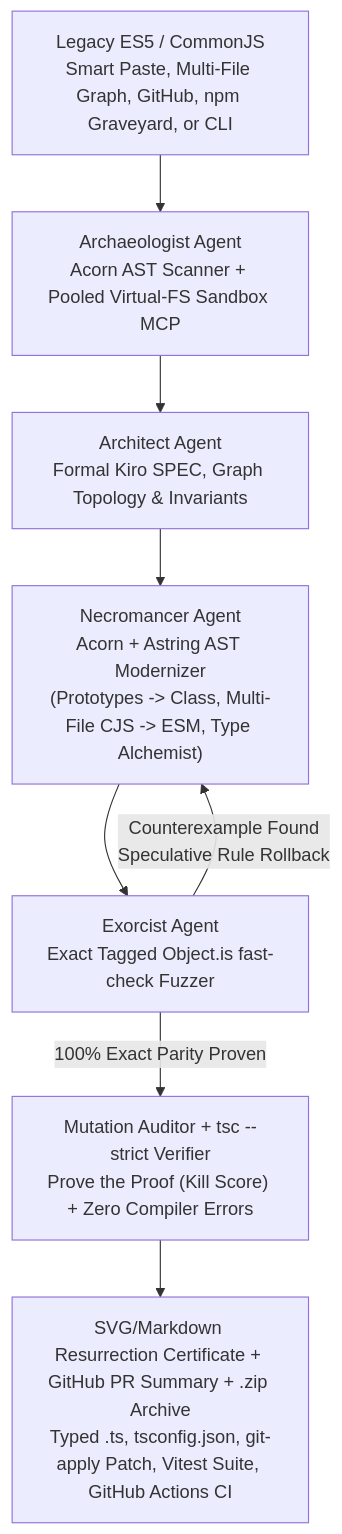
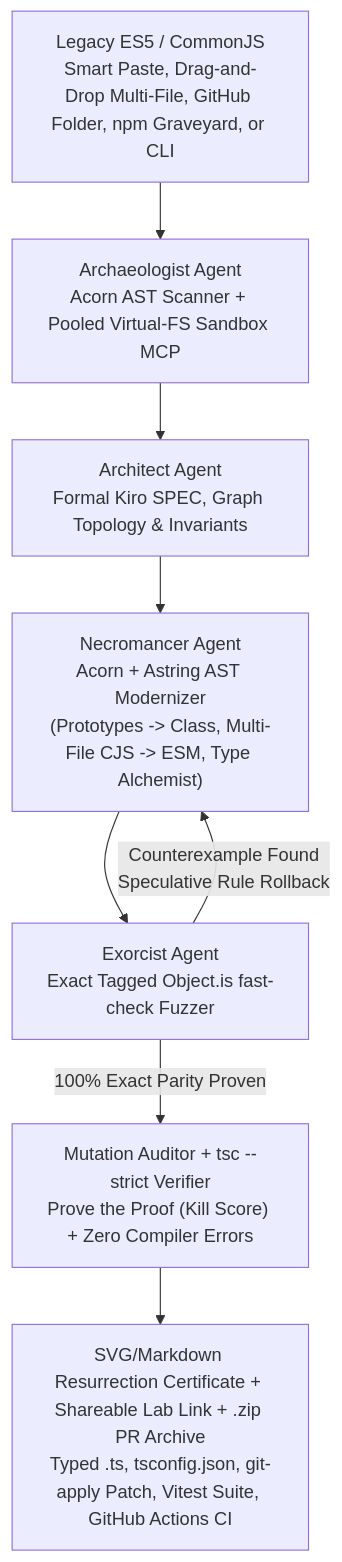
Before and after one commit to anjarkar25-max/lazarus: the diagram in README.md, drawn with Mermaid. The commit also changed other lines of this file, not shown here.

Commit message:
docs(readme): update to final V10 Studio with 825 tests, 19 Kiro specs, 4 hooks, and GitHub folder intake

````diff
--- a/README.md
+++ b/README.md
@@ -11,10 +11,10 @@
 ```mermaid
 flowchart TD
-    A["Legacy ES5 / CommonJS<br/>Smart Paste, Multi-File Graph, GitHub, npm Graveyard, or CLI"] --> B["Archaeologist Agent<br/>Acorn AST Scanner + Pooled Virtual-FS Sandbox MCP"]
+    A["Legacy ES5 / CommonJS<br/>Smart Paste, Drag-and-Drop Multi-File, GitHub Folder, npm Graveyard, or CLI"] --> B["Archaeologist Agent<br/>Acorn AST Scanner + Pooled Virtual-FS Sandbox MCP"]
     B --> C["Architect Agent<br/>Formal Kiro SPEC, Graph Topology & Invariants"]
     C --> D["Necromancer Agent<br/>Acorn + Astring AST Modernizer<br/>(Prototypes -> Class, Multi-File CJS -> ESM, Type Alchemist)"]
     D --> E["Exorcist Agent<br/>Exact Tagged Object.is fast-check Fuzzer"]
     E -- "Counterexample Found<br/>Speculative Rule Rollback" --> D
     E -- "100% Exact Parity Proven" --> F["Mutation Auditor + tsc --strict Verifier<br/>Prove the Proof (Kill Score) + Zero Compiler Errors"]
-    F --> G["SVG/Markdown Resurrection Certificate + GitHub PR Summary + .zip Archive<br/>Typed .ts, tsconfig.json, git-apply Patch, Vitest Suite, GitHub Actions CI"]
+    F --> G["SVG/Markdown Resurrection Certificate + Shareable Lab Link + .zip PR Archive<br/>Typed .ts, tsconfig.json, git-apply Patch, Vitest Suite, GitHub Actions CI"]
 ```
````
